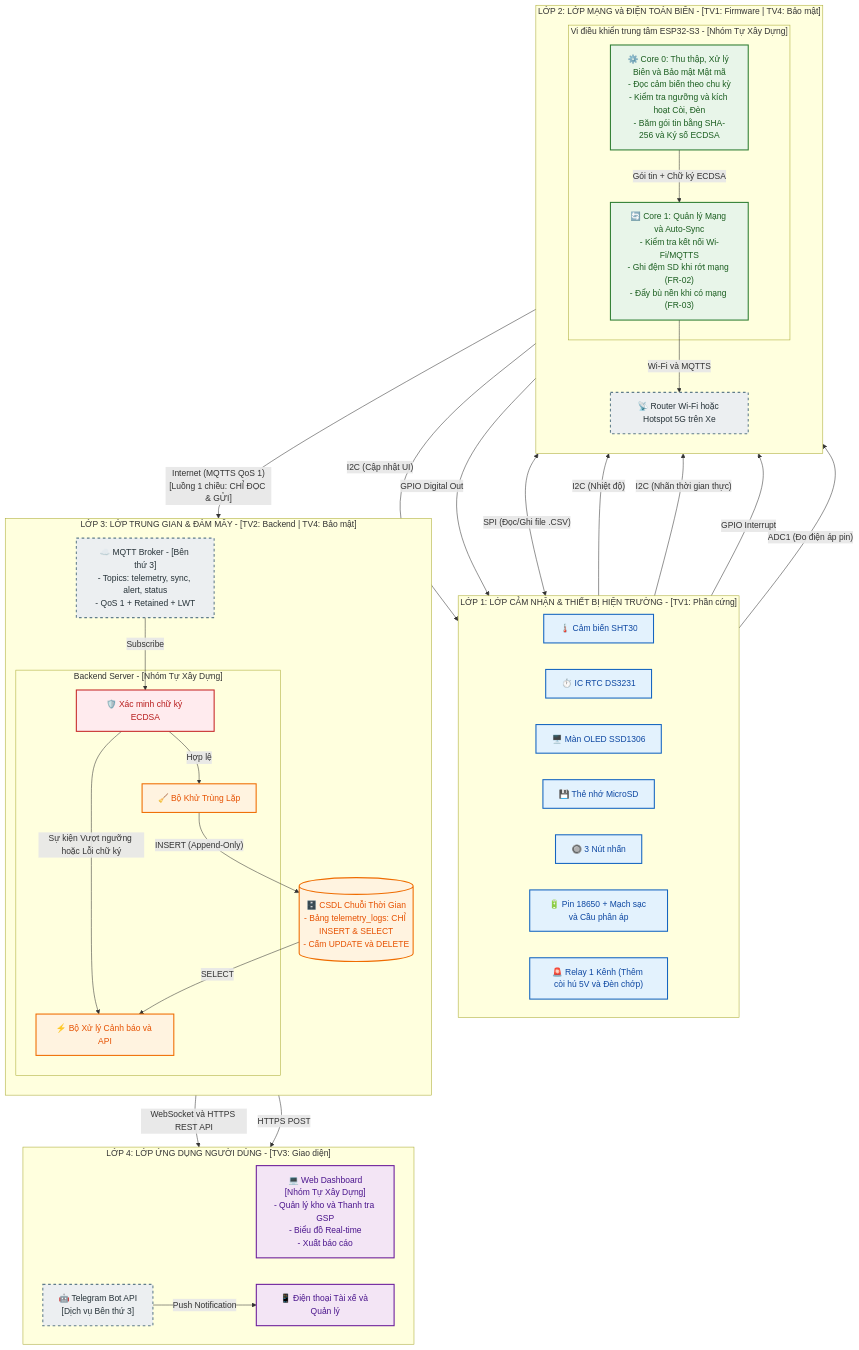
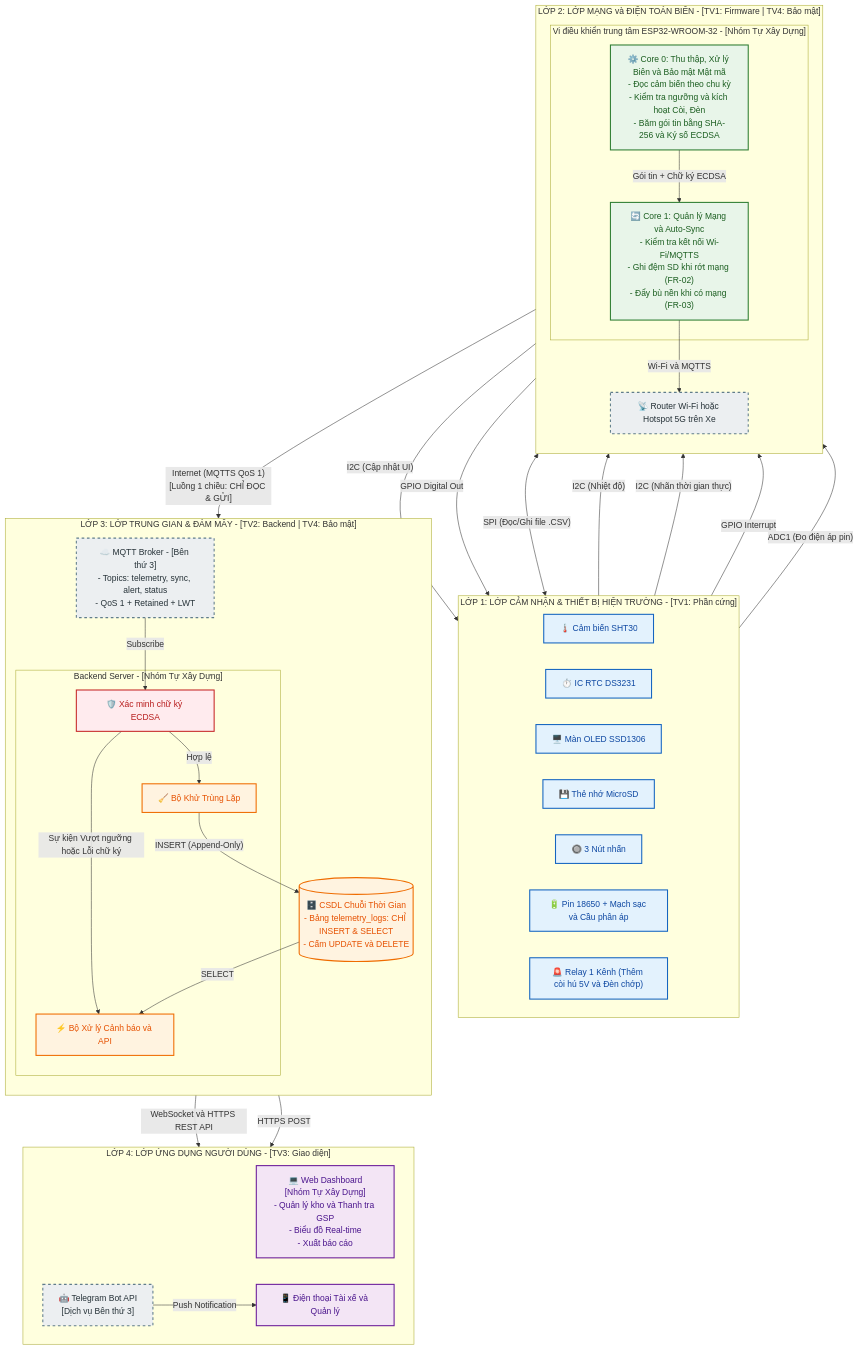
The diagram in docs/01_technical_dossier/03_system_architecture.md (UFOsonzz/IOT-2026.1), drawn with Mermaid before and after one commit. The commit also changed 42 other files, not shown here.

````diff
--- a/docs/01_technical_dossier/03_system_architecture.md
+++ b/docs/01_technical_dossier/03_system_architecture.md
@@ -4,78 +4,78 @@
 ```mermaid
 flowchart TB
     %% Định nghĩa kiểu dáng cho các lớp
     classDef sensing fill:#e3f2fd,stroke:#1565c0,stroke-width:2px,color:#0d47a1
     classDef edge fill:#e8f5e9,stroke:#2e7d32,stroke-width:2px,color:#1b5e20
     classDef middleware fill:#fff3e0,stroke:#ef6c00,stroke-width:2px,color:#e65100
     classDef app fill:#f3e5f5,stroke:#6a1b9a,stroke-width:2px,color:#4a148c
     classDef thirdparty fill:#eceff1,stroke:#607d8b,stroke-width:2px,stroke-dasharray: 5 5,color:#263238
     classDef security fill:#ffebee,stroke:#c62828,stroke-width:2px,color:#b71c1c
 
     %% ================= LỚP 1: LỚP CẢM NHẬN / THIẾT BỊ =================
     subgraph L1 ["LỚP 1: LỚP CẢM NHẬN & THIẾT BỊ HIỆN TRƯỜNG - [TV1: Phần cứng]"]
         direction LR
         SHT30["🌡️ Cảm biến SHT30"]:::sensing
         DS3231["⏱️ IC RTC DS3231"]:::sensing
         OLED["🖥️ Màn OLED SSD1306"]:::sensing
         SDCARD["💾 Thẻ nhớ MicroSD"]:::sensing
         BTN["🔘 3 Nút nhấn"]:::sensing
         BAT["🔋 Pin 18650 + Mạch sạc và Cầu phân áp"]:::sensing
         RELAY["🚨 Relay 1 Kênh (Thêm còi hú 5V và Đèn chớp)"]:::sensing
     end
 
     %% ================= LỚP 2: LỚP MẠNG & ĐIỆN TOÁN BIÊN =================
     subgraph L2 ["LỚP 2: LỚP MẠNG và ĐIỆN TOÁN BIÊN - [TV1: Firmware | TV4: Bảo mật]"]
         direction TB
-        subgraph ESP32S3 ["Vi điều khiển trung tâm ESP32-S3 - [Nhóm Tự Xây Dựng]"]
+        subgraph ESP32S3 ["Vi điều khiển trung tâm ESP32-WROOM-32 - [Nhóm Tự Xây Dựng]"]
             CORE0["⚙️ Core 0: Thu thập, Xử lý Biên và Bảo mật Mật mã<br/>- Đọc cảm biến theo chu kỳ<br/>- Kiểm tra ngưỡng và kích hoạt Còi, Đèn<br/>- Băm gói tin bằng SHA-256 và Ký số ECDSA"]:::edge
             CORE1["🔄 Core 1: Quản lý Mạng và Auto-Sync<br/>- Kiểm tra kết nối Wi-Fi/MQTTS<br/>- Ghi đệm SD khi rớt mạng (FR-02)<br/>- Đẩy bù nền khi có mạng (FR-03)"]:::edge
         end
         WIFI_GW["📡 Router Wi-Fi hoặc Hotspot 5G trên Xe"]:::thirdparty
     end
 
     %% Kết nối Lớp 1 <-> Lớp 2
     SHT30 -- "I2C (Nhiệt độ)" --> CORE0
     DS3231 -- "I2C (Nhãn thời gian thực)" --> CORE0
     CORE0 -- "I2C (Cập nhật UI)" --> OLED
     BTN -- "GPIO Interrupt" --> CORE0
     BAT -- "ADC1 (Đo điện áp pin)" --> CORE0
     CORE0 -- "GPIO Digital Out" --> RELAY
     CORE0 -- "Gói tin + Chữ ký ECDSA" --> CORE1
     CORE1 <-- "SPI (Đọc/Ghi file .CSV)" --> SDCARD
     CORE1 -- "Wi-Fi và MQTTS" --> WIFI_GW
 
     %% ================= LỚP 3: LỚP TRUNG GIAN / MÁY CHỦ =================
     subgraph L3 ["LỚP 3: LỚP TRUNG GIAN & ĐÁM MÂY - [TV2: Backend | TV4: Bảo mật]"]
         direction TB
         BROKER["☁️ MQTT Broker - [Bên thứ 3]<br/>- Topics: telemetry, sync, alert, status<br/>- QoS 1 + Retained + LWT"]:::thirdparty
         
         subgraph BACKEND ["Backend Server - [Nhóm Tự Xây Dựng]"]
             VERIFY["🛡️ Xác minh chữ ký ECDSA"]:::security
             DEDUP["🧹 Bộ Khử Trùng Lặp"]:::middleware
             RULE["⚡ Bộ Xử lý Cảnh báo và API"]:::middleware
         end
 
         DB[("🗄️ CSDL Chuỗi Thời Gian<br/>- Bảng telemetry_logs: CHỈ INSERT & SELECT<br/>- Cấm UPDATE và DELETE")]:::middleware
     end
 
     %% Kết nối Lớp 2 -> Lớp 3 (Chỉ 1 chiều dữ liệu đo để đảm bảo tính pháp lý GSP)
     WIFI_GW -- "Internet (MQTTS QoS 1)<br/>[Luồng 1 chiều: CHỈ ĐỌC & GỬI]" --> BROKER
     BROKER -- "Subscribe" --> VERIFY
     VERIFY -- "Hợp lệ" --> DEDUP
     DEDUP -- "INSERT (Append-Only)" --> DB
     VERIFY -- "Sự kiện Vượt ngưỡng hoặc Lỗi chữ ký" --> RULE
     DB -- "SELECT" --> RULE
 
     %% ================= LỚP 4: LỚP ỨNG DỤNG NGƯỜI DÙNG =================
     subgraph L4 ["LỚP 4: LỚP ỨNG DỤNG NGƯỜI DÙNG - [TV3: Giao diện]"]
         direction LR
         WEB["💻 Web Dashboard<br/>[Nhóm Tự Xây Dựng]<br/>- Quản lý kho và Thanh tra GSP<br/>- Biểu đồ Real-time<br/>- Xuất báo cáo"]:::app
         TELE_API["🤖 Telegram Bot API<br/>[Dịch vụ Bên thứ 3]"]:::thirdparty
         PHONE["📱 Điện thoại Tài xế và Quản lý"]:::app
     end
 
     %% Kết nối Lớp 3 -> Lớp 4
     RULE -- "WebSocket và HTTPS REST API" --> WEB
     RULE -- "HTTPS POST" --> TELE_API
     TELE_API -- "Push Notification" --> PHONE
 ```
````
